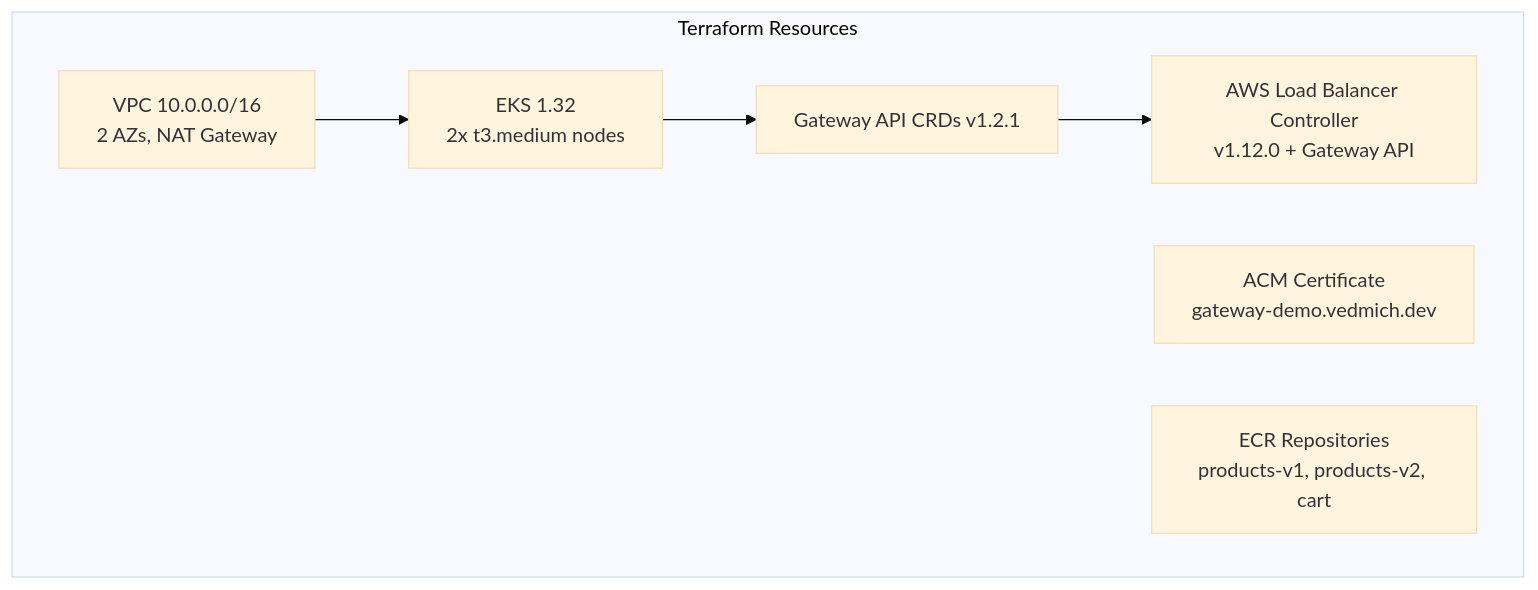
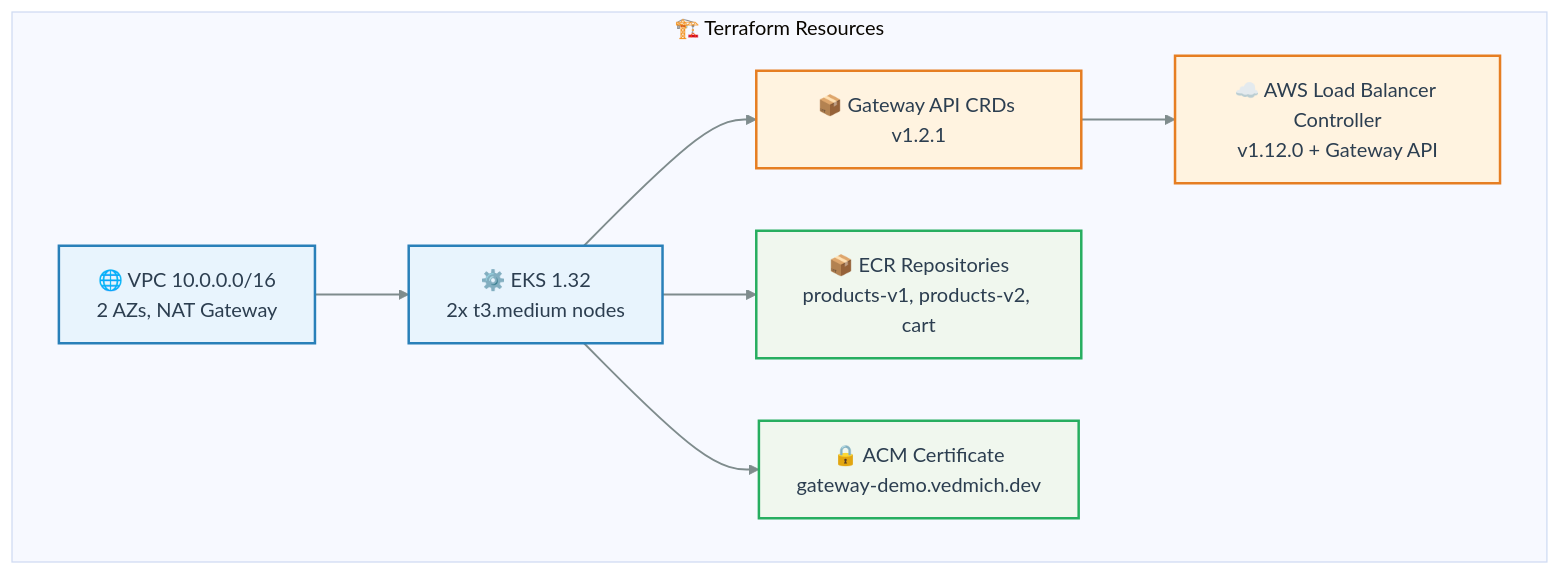
Before and after one commit to DKT-AI/gateway-api-migration-demo: the second of 3 diagrams in docs/labs/lab-00-setup.md, drawn with Mermaid (base theme). The commit also changed other lines of this file and 4 other files, not shown here.

First line of the commit message:
Style all mermaid diagrams with ocean palette for GitHub

````diff
--- a/docs/labs/lab-00-setup.md
+++ b/docs/labs/lab-00-setup.md
@@ -35,15 +45,26 @@
 ```mermaid
-graph TB
-    subgraph "Terraform Resources"
-        VPC["VPC 10.0.0.0/16<br/>2 AZs, NAT Gateway"]
-        EKS["EKS 1.32<br/>2x t3.medium nodes"]
-        CRDs["Gateway API CRDs v1.2.1"]
-        LBC["AWS Load Balancer Controller<br/>v1.12.0 + Gateway API"]
-        ACM["ACM Certificate<br/>gateway-demo.vedmich.dev"]
-        ECR["ECR Repositories<br/>products-v1, products-v2, cart"]
+flowchart TB
+    subgraph TF["🏗️ Terraform Resources"]
+        VPC["🌐 VPC 10.0.0.0/16<br/>2 AZs, NAT Gateway"]
+        EKS["⚙️ EKS 1.32<br/>2x t3.medium nodes"]
+        CRDs["📦 Gateway API CRDs v1.2.1"]
+        LBC["☁️ AWS Load Balancer Controller<br/>v1.12.0 + Gateway API"]
+        ACM["🔒 ACM Certificate<br/>gateway-demo.vedmich.dev"]
+        ECR["📦 ECR Repositories<br/>products-v1, products-v2, cart"]
     end
 
     VPC --> EKS
     EKS --> CRDs
     CRDs --> LBC
+    EKS --> ECR
+    EKS --> ACM
+
+    classDef primary fill:#E8F4FD,stroke:#2980B9,stroke-width:2px,color:#2C3E50
+    classDef secondary fill:#F0F7EE,stroke:#27AE60,stroke-width:2px,color:#2C3E50
+    classDef accent fill:#FFF3E0,stroke:#E67E22,stroke-width:2px,color:#2C3E50
+    linkStyle default stroke:#7F8C8D,stroke-width:1.5px
+
+    class VPC,EKS primary
+    class CRDs,LBC accent
+    class ACM,ECR secondary
 ```
````
